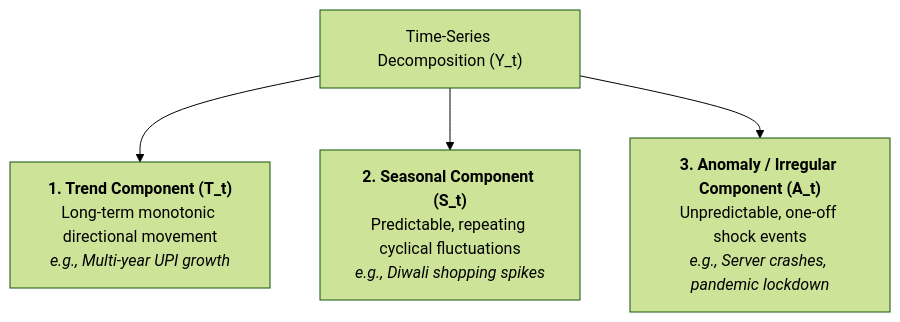
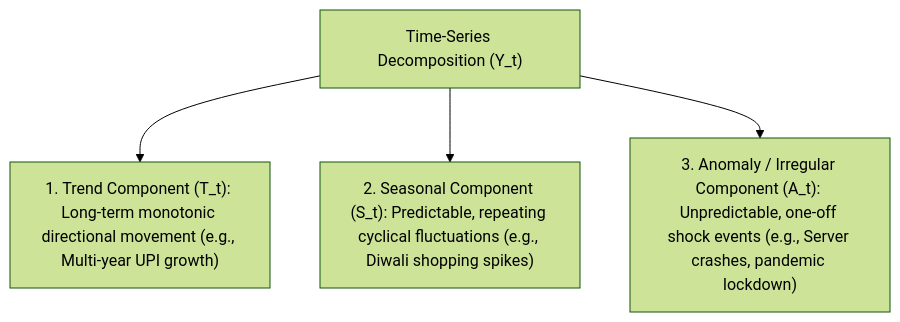
Before and after one commit to DeepLumiere/DeepSkills: the sixth of 8 diagrams in notes/data_analysis/Chapter9_Features_of_Business_Data.md, drawn with Mermaid (forest theme). The commit also changed other lines of this file and 56 other files, not shown here.

````diff
--- a/notes/data_analysis/Chapter9_Features_of_Business_Data.md
+++ b/notes/data_analysis/Chapter9_Features_of_Business_Data.md
@@ -149,7 +149,7 @@
 ```mermaid
 flowchart TD
     TimeSeries["Time-Series Decomposition (Y_t)"]
-    TimeSeries --> T["<b>1. Trend Component (T_t)</b><br/>Long-term monotonic directional movement<br/><i>e.g., Multi-year UPI growth</i>"]
-    TimeSeries --> S["<b>2. Seasonal Component (S_t)</b><br/>Predictable, repeating cyclical fluctuations<br/><i>e.g., Diwali shopping spikes</i>"]
-    TimeSeries --> A["<b>3. Anomaly / Irregular Component (A_t)</b><br/>Unpredictable, one-off shock events<br/><i>e.g., Server crashes, pandemic lockdown</i>"]
+    TimeSeries --> T["1. Trend Component (T_t): Long-term monotonic directional movement (e.g., Multi-year UPI growth)"]
+    TimeSeries --> S["2. Seasonal Component (S_t): Predictable, repeating cyclical fluctuations (e.g., Diwali shopping spikes)"]
+    TimeSeries --> A["3. Anomaly / Irregular Component (A_t): Unpredictable, one-off shock events (e.g., Server crashes, pandemic lockdown)"]
 ```
````
